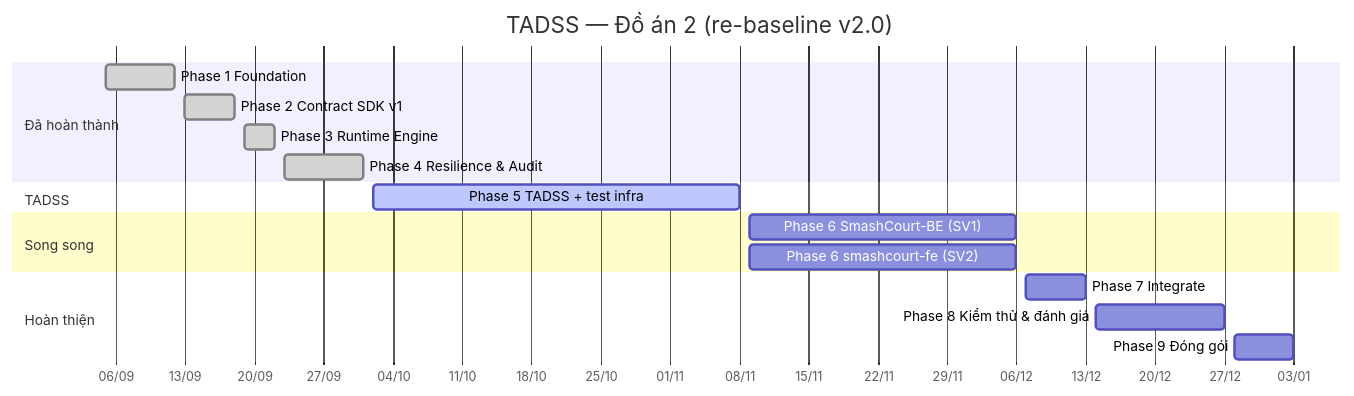
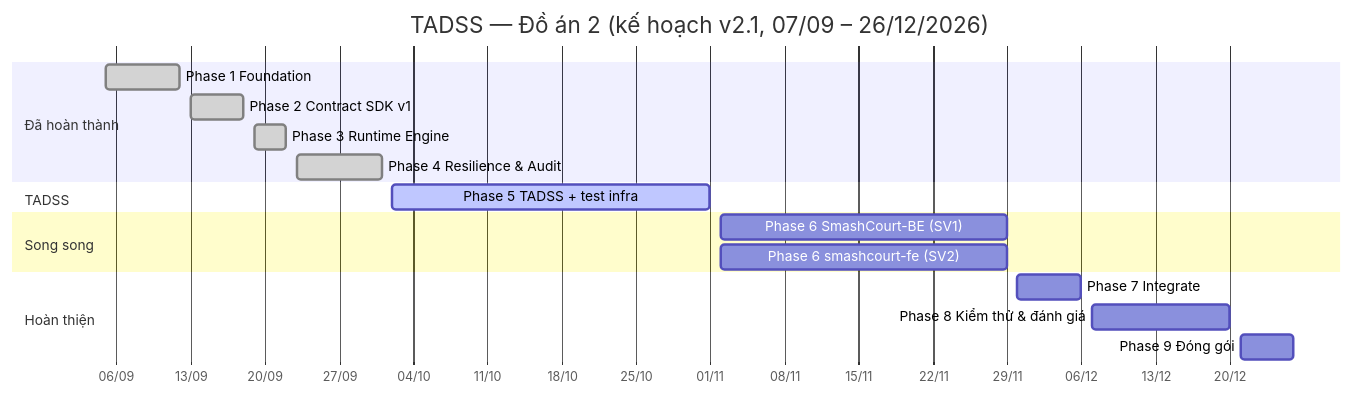
Before and after one commit to NguyenThanhTrung-N2T/TrustworthyAdaptiveDecisionSupportSystem-TADSS: the diagram in docs/planning/MASTER_EXECUTION_PLAN.md, drawn with Mermaid. The commit also changed other lines of this file and 90 other files, not shown here.

````diff
--- a/docs/planning/MASTER_EXECUTION_PLAN.md
+++ b/docs/planning/MASTER_EXECUTION_PLAN.md
@@ -79,20 +78,20 @@
 ```mermaid
 gantt
-    title TADSS — Đồ án 2 (re-baseline v2.0)
+    title TADSS — Đồ án 2 (kế hoạch v2.1, 07/09 – 26/12/2026)
     dateFormat  YYYY-MM-DD
     axisFormat  %d/%m
     section Đã hoàn thành
     Phase 1 Foundation            :done, p1, 2026-09-05, 2026-09-12
     Phase 2 Contract SDK v1       :done, p2, 2026-09-13, 2026-09-18
     Phase 3 Runtime Engine        :done, p3, 2026-09-19, 2026-09-22
     Phase 4 Resilience & Audit    :done, p4, 2026-09-23, 2026-10-01
     section TADSS
-    Phase 5 TADSS + test infra    :active, p5, 2026-10-02, 2026-11-08
+    Phase 5 TADSS + test infra    :active, p5, 2026-10-02, 2026-11-01
     section Song song
-    Phase 6 SmashCourt-BE (SV1)   :p6b, 2026-11-09, 2026-12-06
-    Phase 6 smashcourt-fe (SV2)   :p6f, 2026-11-09, 2026-12-06
+    Phase 6 SmashCourt-BE (SV1)   :p6b, 2026-11-02, 2026-11-29
+    Phase 6 smashcourt-fe (SV2)   :p6f, 2026-11-02, 2026-11-29
     section Hoàn thiện
-    Phase 7 Integrate             :p7, 2026-12-07, 2026-12-13
-    Phase 8 Kiểm thử & đánh giá   :p8, 2026-12-14, 2026-12-27
-    Phase 9 Đóng gói              :p9, 2026-12-28, 2027-01-03
+    Phase 7 Integrate             :p7, 2026-11-30, 2026-12-06
+    Phase 8 Kiểm thử & đánh giá   :p8, 2026-12-07, 2026-12-20
+    Phase 9 Đóng gói              :p9, 2026-12-21, 2026-12-26
 ```
````
